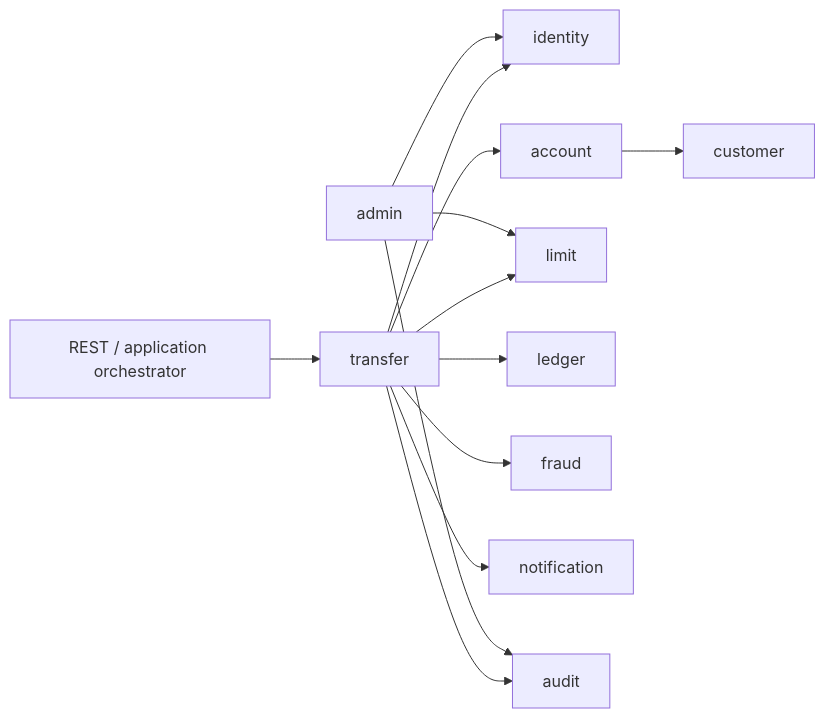
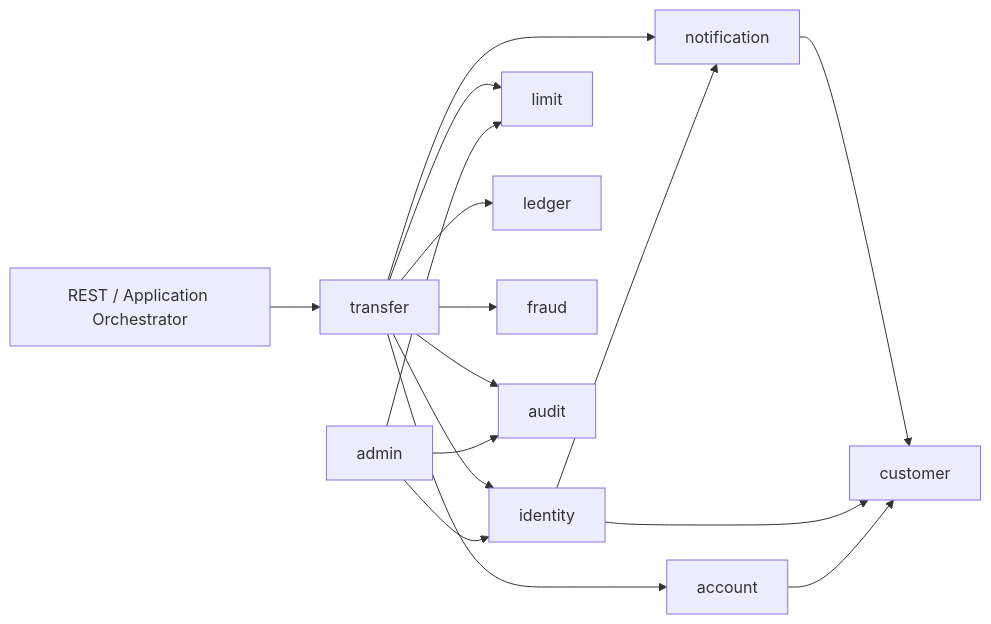
Before and after one commit to TNoLisme/cloude: the diagram in digitalbanking-docs/docs-common/design/05. Modules contract.md, drawn with Mermaid. The commit also changed other lines of this file and 110 other files, not shown here.

````diff
--- a/digitalbanking-docs/docs-common/design/05. Modules contract.md
+++ b/digitalbanking-docs/docs-common/design/05. Modules contract.md
@@ -36,15 +50,18 @@
 ```mermaid
 flowchart LR
-    HTTP[REST / application orchestrator] --> TR[transfer]
+    HTTP[REST / Application Orchestrator] --> TR[transfer]
     TR --> ID[identity]
     TR --> ACC[account]
     TR --> LIM[limit]
     TR --> LED[ledger]
     TR --> FRD[fraud]
     TR --> NOTI[notification]
     TR --> AUD[audit]
+    NOTI --> CUS[customer]
+    ID --> NOTI
+    ID --> CUS
     ADM[admin] --> ID
     ADM --> LIM
     ADM --> AUD
-    ACC --> CUS[customer]
+    ACC --> CUS
 ```
````
